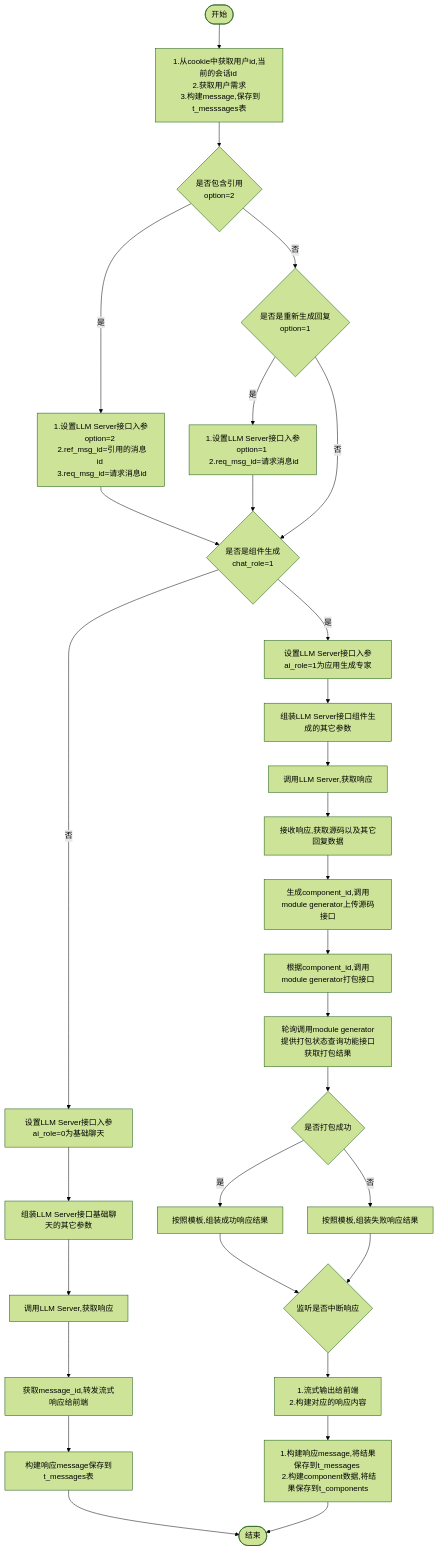
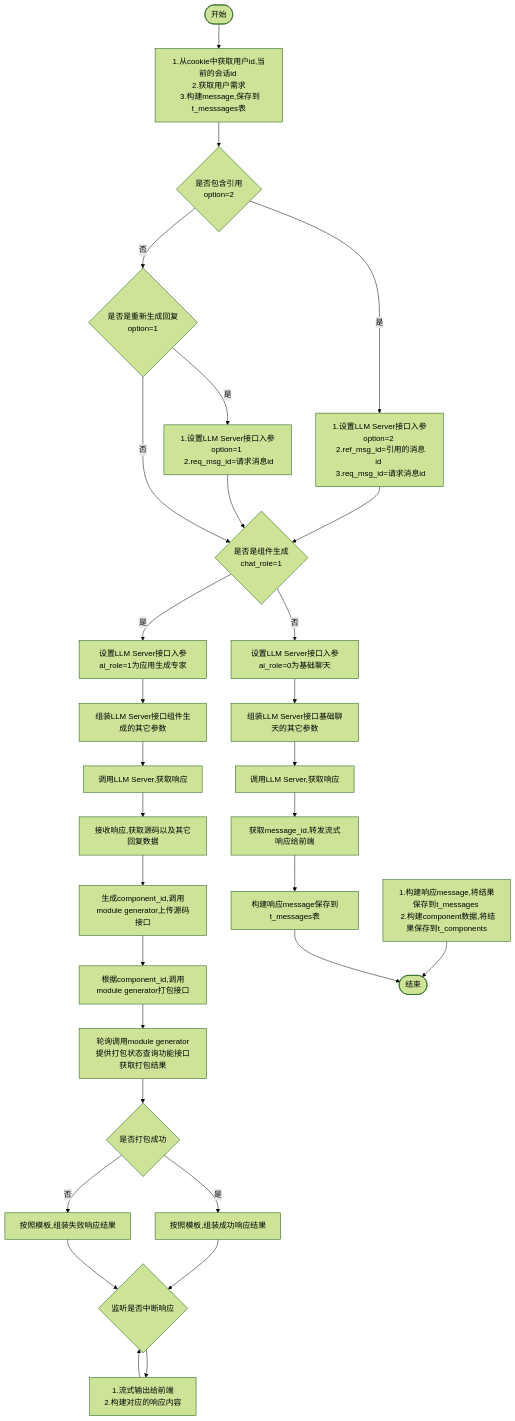
One commit to yingjianzh/iodraw-files changed the diagram in all/w3-会话-不需要传递message.md. Above: the diagram before and after it, drawn with Mermaid (forest theme).

Commit message:
2024-10-15 15:14:48 update

````diff
--- a/all/w3-会话-不需要传递message.md
+++ b/all/w3-会话-不需要传递message.md
@@ -1,37 +1,37 @@
 ```mermaid
 flowchart TD
     A([开始]) --> B[1.从cookie中获取用户id,当前的会话id \n 2.获取用户需求 \n 3.构建message,保存到t_messsages表]
     B--> D{是否包含引用 \n option=2}
     D -- 是 --> E[1.设置LLM Server接口入参option=2 \n 2.ref_msg_id=引用的消息id \n 3.req_msg_id=请求消息id]
     D -- 否 --> F{是否是重新生成回复\n option=1}
     F -- 是 --> G[1.设置LLM Server接口入参option=1 \n 2.req_msg_id=请求消息id]
     F -- 否 --> I
      
     E & G --> I{是否是组件生成 \n chat_role=1}
     I -- 否 --> K[设置LLM Server接口入参ai_role=0为基础聊天]
     I -- 是 --> J[设置LLM Server接口入参ai_role=1为应用生成专家]
     
 
     J --> L[组装LLM Server接口组件生成的其它参数]    
     K --> M[组装LLM Server接口基础聊天的其它参数]    
     M --> N[调用LLM Server,获取响应]    
     N --> O[获取message_id,转发流式响应给前端]
     O --> P[构建响应message保存到t_messages表]
     P --> R([结束])
 
 
     L --> S[调用LLM Server,获取响应]
     S --> T[接收响应,获取源码以及其它回复数据]
     T --> U[生成component_id,调用module generator上传源码接口]
     U --> V[根据component_id,调用module generator打包接口]
     V --> W[轮询调用module generator提供打包状态查询功能接口获取打包结果]
     W --> X{是否打包成功}
     X -- 是 --> Y[按照模板,组装成功响应结果]
     X -- 否 --> Z[按照模板,组装失败响应结果]
     Y & Z --> Done{监听是否中断响应}
     Done --> OutPut[1.流式输出给前端 \n 2.构建对应的响应内容]
-    OutPut --> 
-
+    OutPut --> Done
+    
     Result[1.构建响应message,将结果保存到t_messages \n 2.构建component数据,将结果保存到t_components]
     Result --> R
 ```
````
